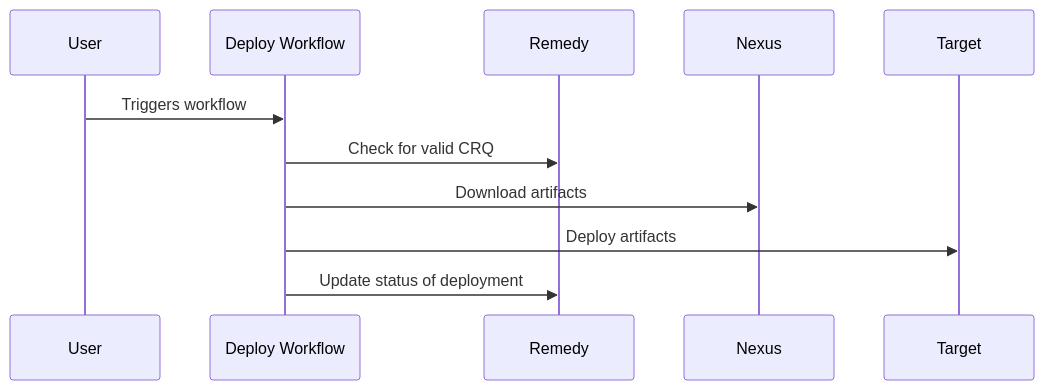
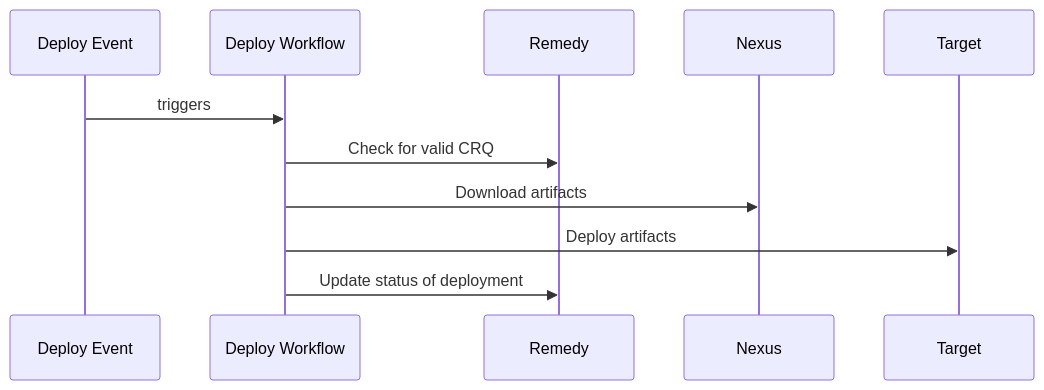
One commit to devarab1/Diagrams changed the third of 4 diagrams in README.md. Above: the diagram before and after it, drawn with Mermaid. The commit also changed other lines of this file, not shown here.

````diff
--- a/README.md
+++ b/README.md
@@ -39,14 +37,14 @@
 ```mermaid
 sequenceDiagram
-    participant User
+    participant Deploy Event
     participant Deploy Workflow
     participant Remedy
     participant Nexus
     participant Target
 
-    User->>Deploy Workflow: Triggers workflow
+    Deploy Event->>Deploy Workflow: triggers
     Deploy Workflow->>Remedy: Check for valid CRQ
     Deploy Workflow->>Nexus: Download artifacts
     Deploy Workflow->>Target: Deploy artifacts
     Deploy Workflow->>Remedy: Update status of deployment
 ```
````
